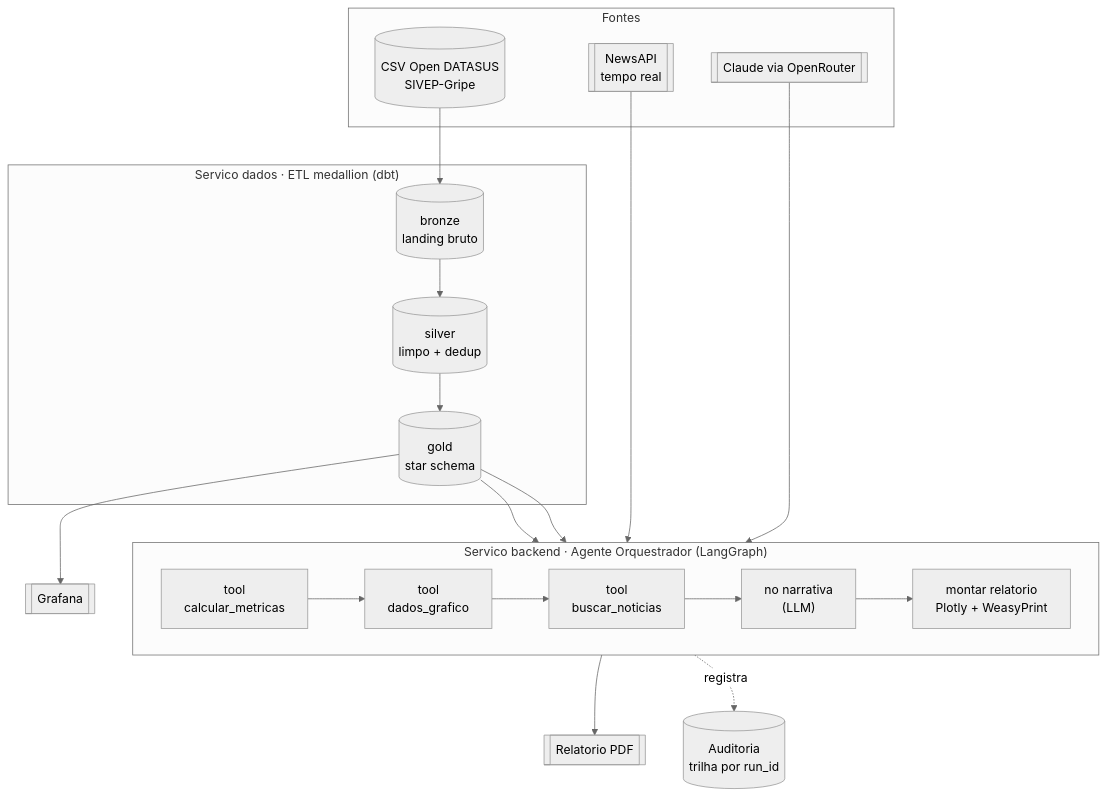
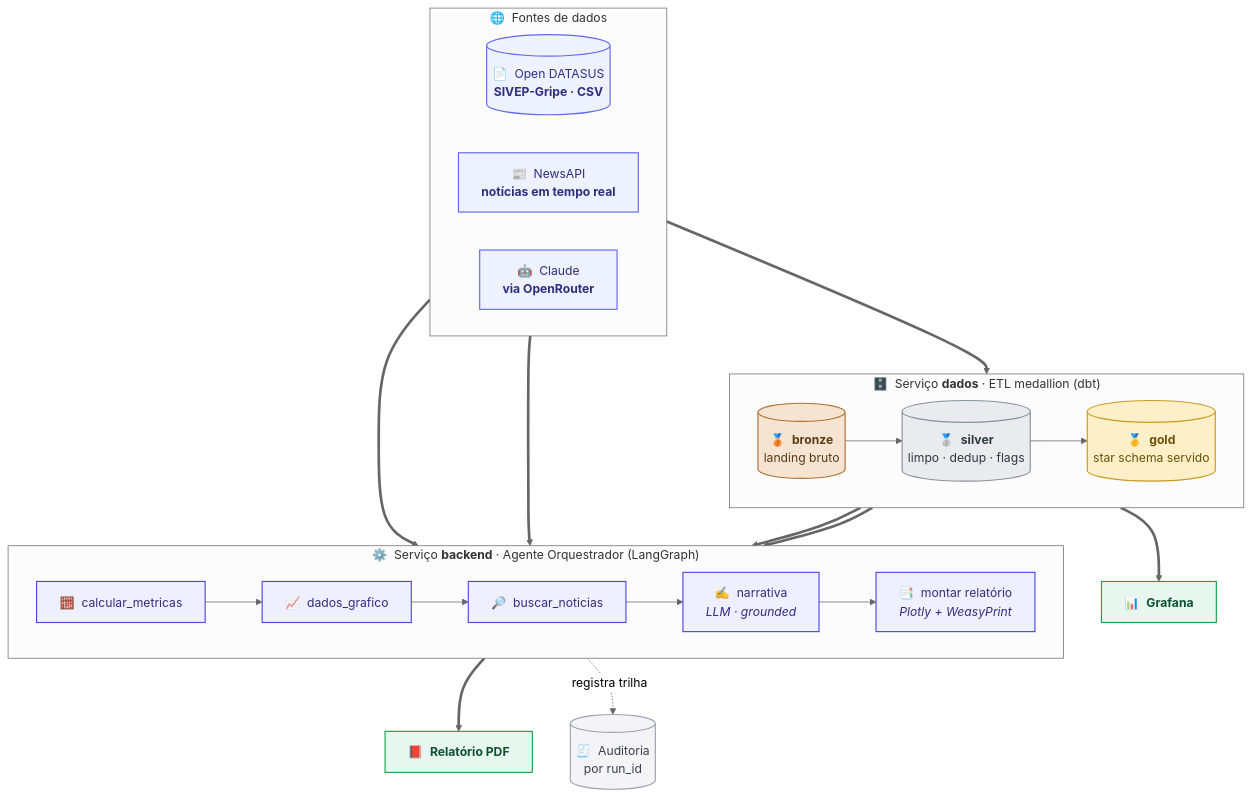
One commit to Gxaite/Desafio-GenAI changed the diagram in README.md. Above: the diagram before and after it, drawn with Mermaid (neutral theme). The commit also changed other lines of this file and 5 other files, not shown here.

First line of the commit message:
docs(ui): landing mais polida (dark mode, elevacao) + diagrama pro + screenshots

````diff
--- a/README.md
+++ b/README.md
@@ -77,31 +87,51 @@
 ```mermaid
-flowchart TD
-    subgraph fontes["Fontes"]
-        CSV[("CSV Open DATASUS<br/>SIVEP-Gripe")]
-        NEWS[["NewsAPI<br/>tempo real"]]
-        LLM[["Claude via OpenRouter"]]
+flowchart TB
+    subgraph FONTES["🌐 &nbsp;Fontes de dados"]
+        direction LR
+        CSV[("📄 &nbsp;Open DATASUS<br/><b>SIVEP-Gripe · CSV</b>")]
+        NEWS["📰 &nbsp;NewsAPI<br/><b>notícias em tempo real</b>"]
+        LLM["🤖 &nbsp;Claude<br/><b>via OpenRouter</b>"]
     end
-    subgraph dados["Servico dados · ETL medallion (dbt)"]
-        BRONZE[("bronze<br/>landing bruto")]
-        SILVER[("silver<br/>limpo + dedup")]
-        GOLD[("gold<br/>star schema")]
-        CSV --> BRONZE --> SILVER --> GOLD
+
+    subgraph ETL["🗄️ &nbsp;Serviço <b>dados</b> · ETL medallion (dbt)"]
+        direction LR
+        BRONZE[("🥉 &nbsp;<b>bronze</b><br/>landing bruto")]
+        SILVER[("🥈 &nbsp;<b>silver</b><br/>limpo · dedup · flags")]
+        GOLD[("🥇 &nbsp;<b>gold</b><br/>star schema servido")]
+        BRONZE --> SILVER --> GOLD
     end
-    subgraph backend["Servico backend · Agente Orquestrador (LangGraph)"]
+
+    subgraph AGENTE["⚙️ &nbsp;Serviço <b>backend</b> · Agente Orquestrador (LangGraph)"]
         direction LR
-        T1["tool<br/>calcular_metricas"]
-        T2["tool<br/>dados_grafico"]
-        T3["tool<br/>buscar_noticias"]
-        NARR["no narrativa<br/>(LLM)"]
-        REL["montar relatorio<br/>Plotly + WeasyPrint"]
+        T1["🧮 &nbsp;calcular_metricas"]
+        T2["📈 &nbsp;dados_grafico"]
+        T3["🔎 &nbsp;buscar_noticias"]
+        NARR["✍️ &nbsp;narrativa<br/><i>LLM · grounded</i>"]
+        REL["📑 &nbsp;montar relatório<br/><i>Plotly + WeasyPrint</i>"]
         T1 --> T2 --> T3 --> NARR --> REL
     end
-    GOLD --> T1
-    GOLD --> T2
-    NEWS --> T3
-    LLM --> NARR
-    REL --> PDF[["Relatorio PDF"]]
-    GOLD --> GRAFANA[["Grafana"]]
-    AUDIT[("Auditoria<br/>trilha por run_id")]
-    backend -.registra.-> AUDIT
+
+    CSV ==> BRONZE
+    GOLD ==> T1 & T2
+    NEWS ==> T3
+    LLM ==> NARR
+    REL ==> PDF["📕 &nbsp;<b>Relatório PDF</b>"]
+    GOLD ==> GRAF["📊 &nbsp;<b>Grafana</b>"]
+    AGENTE -. "registra trilha" .-> AUD[("🧾 &nbsp;Auditoria<br/>por run_id")]
+
+    classDef src fill:#eef2ff,stroke:#6366f1,stroke-width:1.5px,color:#312e81;
+    classDef bronze fill:#f6e4d2,stroke:#b06f2f,stroke-width:1.5px,color:#5c3a13;
+    classDef silver fill:#e9ebef,stroke:#8a909c,stroke-width:1.5px,color:#33373f;
+    classDef gold fill:#fdf0c8,stroke:#c99a1f,stroke-width:1.5px,color:#6b5107;
+    classDef tool fill:#eef0ff,stroke:#4f46e5,stroke-width:1.5px,color:#312e81;
+    classDef out fill:#e7f6ee,stroke:#16a34a,stroke-width:1.5px,color:#0f5132;
+    classDef aud fill:#f4f4f7,stroke:#9aa3af,stroke-width:1.5px,color:#3a3f49;
+
+    class CSV,NEWS,LLM src;
+    class BRONZE bronze;
+    class SILVER silver;
+    class GOLD gold;
+    class T1,T2,T3,NARR,REL tool;
+    class PDF,GRAF out;
+    class AUD aud;
 ```
````
